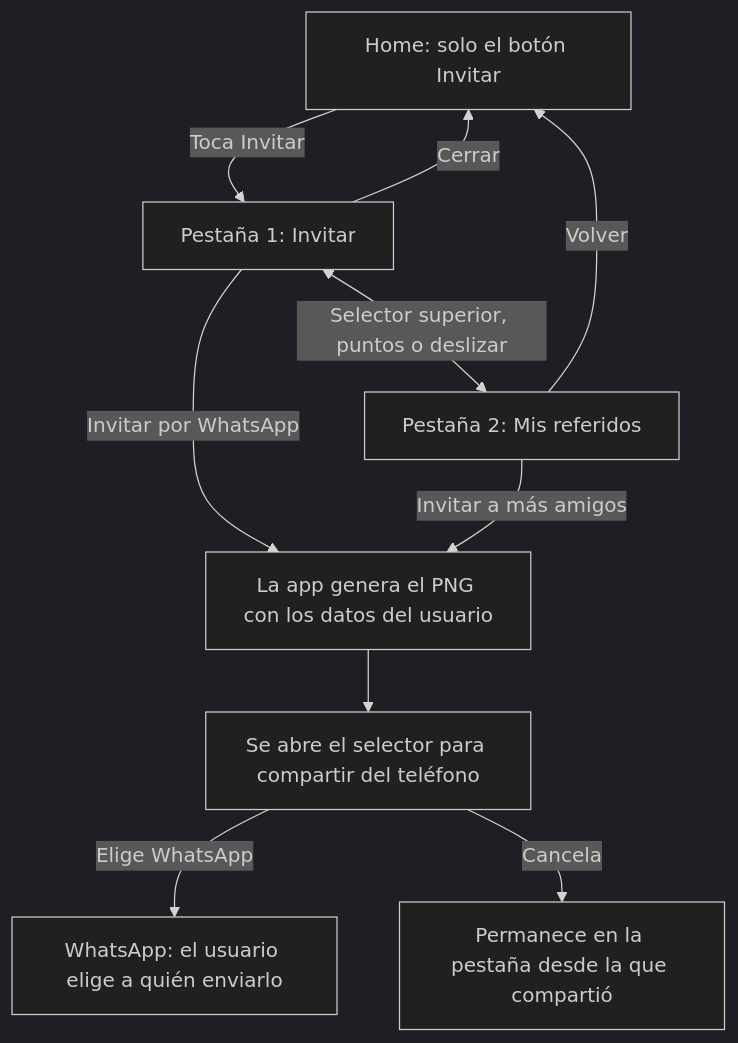
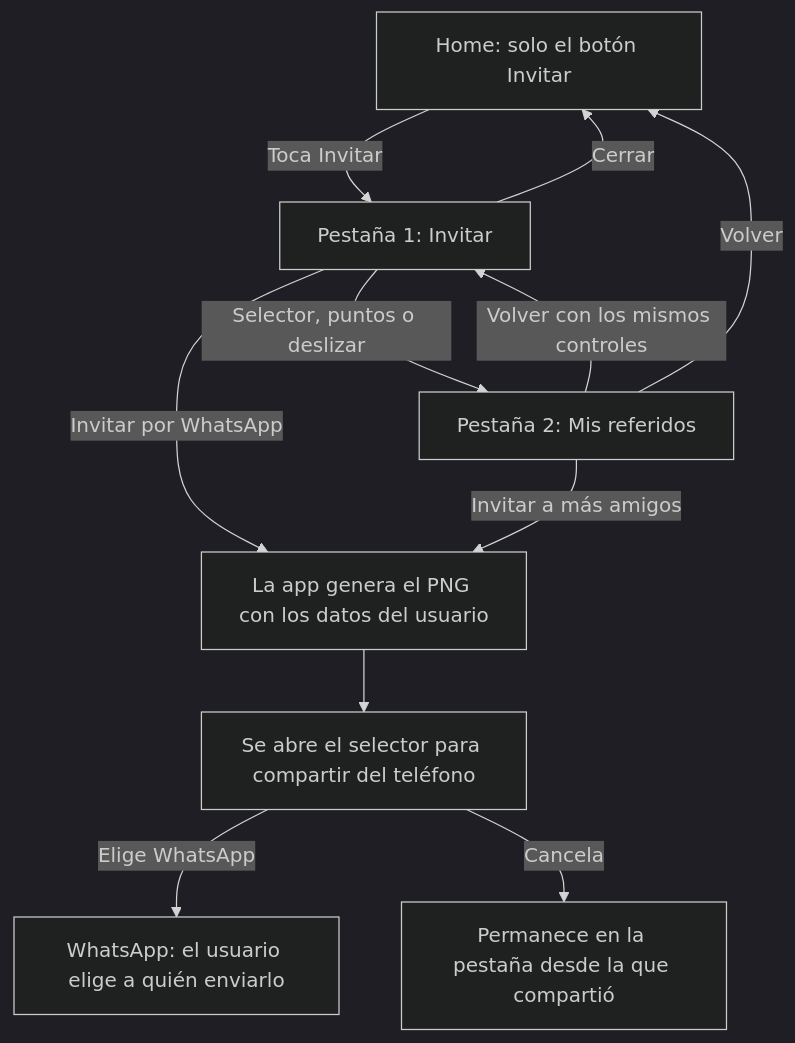
The first of 2 diagrams in README.md (oscarmiranda90/tuturno-referidos-mini), drawn with Mermaid (dark theme) before and after one commit. The commit also changed other lines of this file, not shown here.

Commit message:
Fix tab navigation arrows in both README flow maps

````diff
--- a/README.md
+++ b/README.md
@@ -24,12 +24,13 @@
 ```mermaid
 flowchart TD
     H["Home: solo el botón Invitar"] -->|Toca Invitar| I["Pestaña 1: Invitar"]
-    I <-->|Selector superior, puntos o deslizar| R["Pestaña 2: Mis referidos"]
+    I -->|"Selector, puntos o deslizar"| R["Pestaña 2: Mis referidos"]
+    R -->|"Volver con los mismos controles"| I
     I -->|Invitar por WhatsApp| G["La app genera el PNG con los datos del usuario"]
     R -->|Invitar a más amigos| G
     G --> S["Se abre el selector para compartir del teléfono"]
     S -->|Elige WhatsApp| W["WhatsApp: el usuario elige a quién enviarlo"]
     S -->|Cancela| V["Permanece en la pestaña desde la que compartió"]
     I -->|Cerrar| H
     R -->|Volver| H
 ```
````
